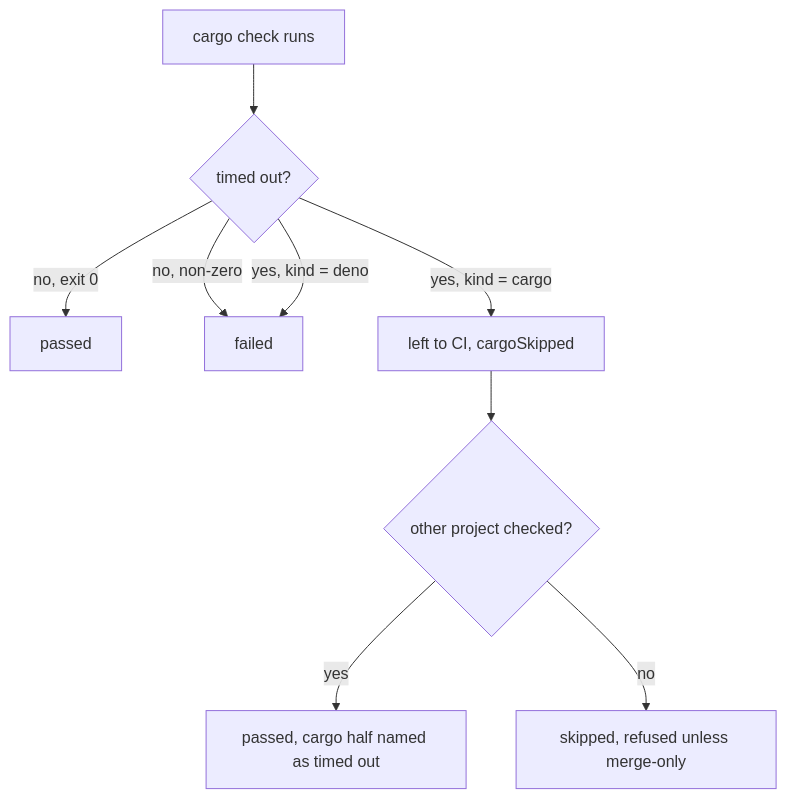
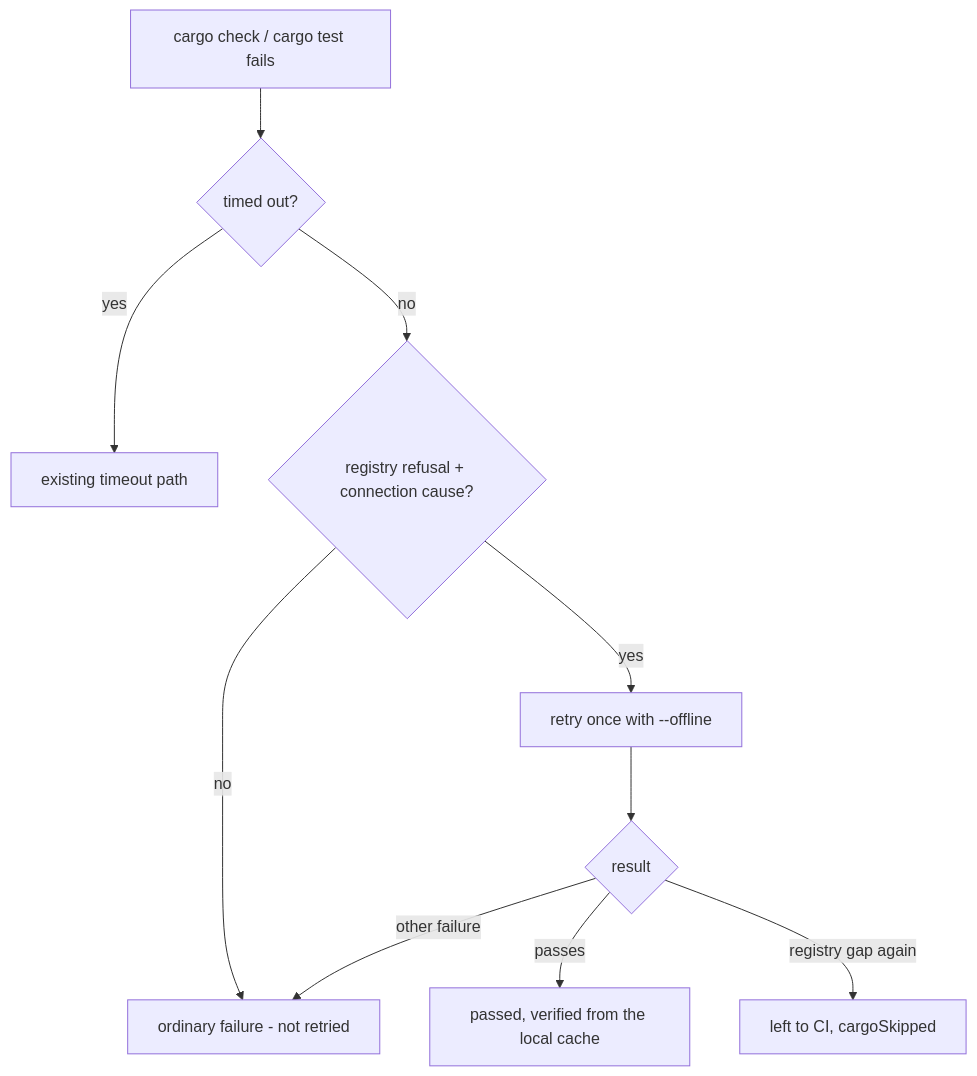
Before and after one commit to stSoftwareAU/VibeCoder: the diagram in docs/archive/pr-summaries/pr-summary-4786.md, drawn with Mermaid. The commit also changed other lines of this file and 9 other files, not shown here.

First line of the commit message:
Gates retry a cargo check offline when the crate registry is unreachable, then leave it to CI (Issue #4786)

````diff
--- a/docs/archive/pr-summaries/pr-summary-4786.md
+++ b/docs/archive/pr-summaries/pr-summary-4786.md
@@ -60,11 +31,12 @@
 ```mermaid
 flowchart TD
-    A[cargo check runs] --> B{timed out?}
-    B -- no, exit 0 --> P[passed]
-    B -- no, non-zero --> F[failed]
-    B -- yes, kind = cargo --> C[left to CI, cargoSkipped]
-    B -- yes, kind = deno --> F
-    C --> D{other project checked?}
-    D -- yes --> P2[passed, cargo half named as timed out]
-    D -- no --> S[skipped, refused unless merge-only]
+    A[cargo check / cargo test fails] --> B{timed out?}
+    B -- yes --> T[existing timeout path]
+    B -- no --> C{registry refusal + connection cause?}
+    C -- no --> F[ordinary failure - not retried]
+    C -- yes --> D[retry once with --offline]
+    D --> E{result}
+    E -- passes --> P[passed, verified from the local cache]
+    E -- registry gap again --> L[left to CI, cargoSkipped]
+    E -- other failure --> F
 ```
````
